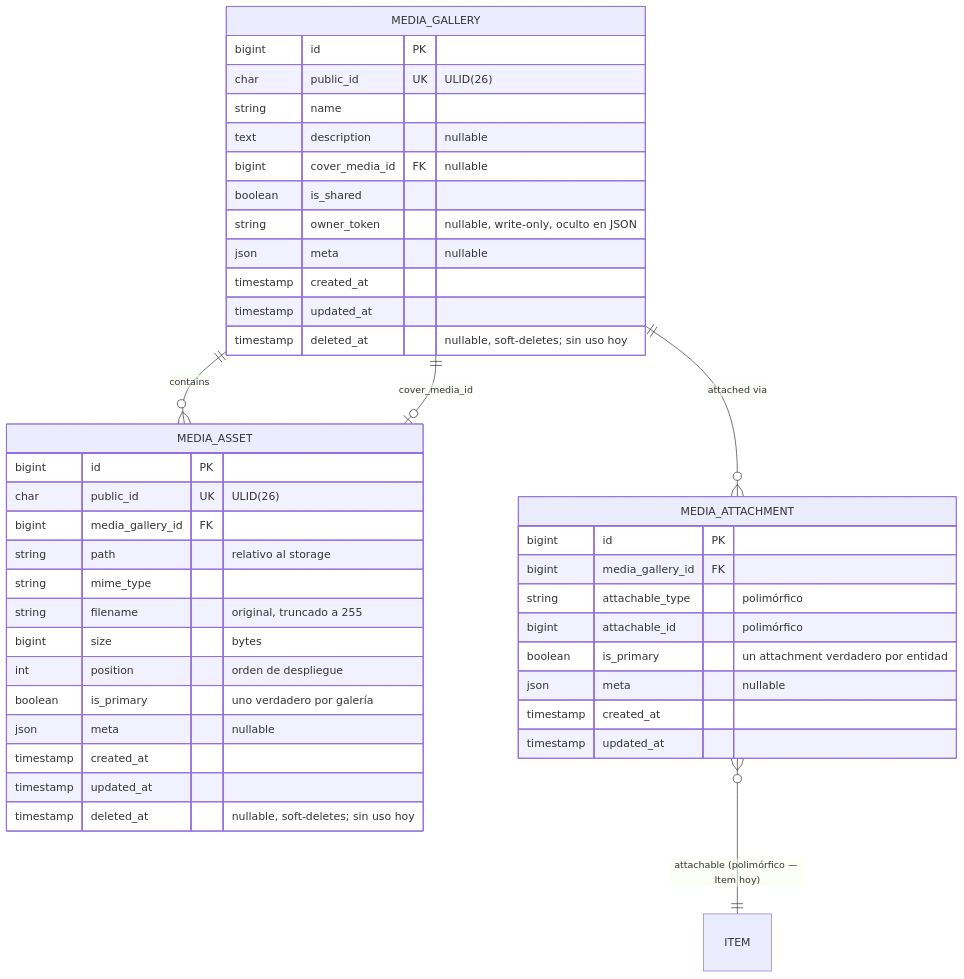
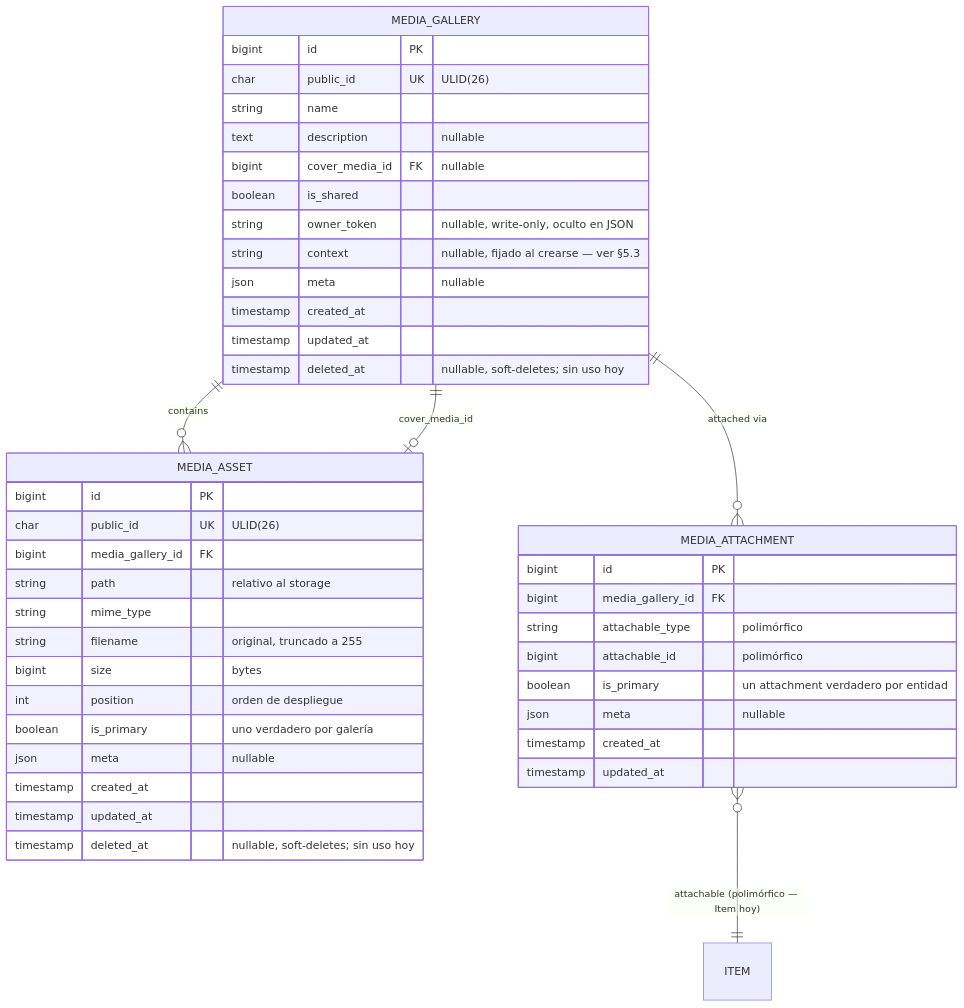
The first of 6 diagrams in doc/architecture/media/media-architecture.es.md (pakodiazdev/sushigo), drawn with Mermaid before and after one commit. The commit also changed other lines of this file and 70 other files, not shown here.

````diff
--- a/doc/architecture/media/media-architecture.es.md
+++ b/doc/architecture/media/media-architecture.es.md
@@ -27,48 +27,49 @@
 ```mermaid
 erDiagram
     MEDIA_GALLERY ||--o{ MEDIA_ASSET : contains
     MEDIA_GALLERY ||--o{ MEDIA_ATTACHMENT : "attached via"
     MEDIA_GALLERY ||--o| MEDIA_ASSET : "cover_media_id"
     MEDIA_ATTACHMENT }o--|| ITEM : "attachable (polimórfico — Item hoy)"
 
     MEDIA_GALLERY {
         bigint id PK
         char public_id UK "ULID(26)"
         string name
         text description "nullable"
         bigint cover_media_id FK "nullable"
         boolean is_shared
         string owner_token "nullable, write-only, oculto en JSON"
+        string context "nullable, fijado al crearse — ver §5.3"
         json meta "nullable"
         timestamp created_at
         timestamp updated_at
         timestamp deleted_at "nullable, soft-deletes; sin uso hoy"
     }
 
     MEDIA_ASSET {
         bigint id PK
         char public_id UK "ULID(26)"
         bigint media_gallery_id FK
         string path "relativo al storage"
         string mime_type
         string filename "original, truncado a 255"
         bigint size "bytes"
         int position "orden de despliegue"
         boolean is_primary "uno verdadero por galería"
         json meta "nullable"
         timestamp created_at
         timestamp updated_at
         timestamp deleted_at "nullable, soft-deletes; sin uso hoy"
     }
 
     MEDIA_ATTACHMENT {
         bigint id PK
         bigint media_gallery_id FK
         string attachable_type "polimórfico"
         bigint attachable_id "polimórfico"
         boolean is_primary "un attachment verdadero por entidad"
         json meta "nullable"
         timestamp created_at
         timestamp updated_at
     }
 ```
````
